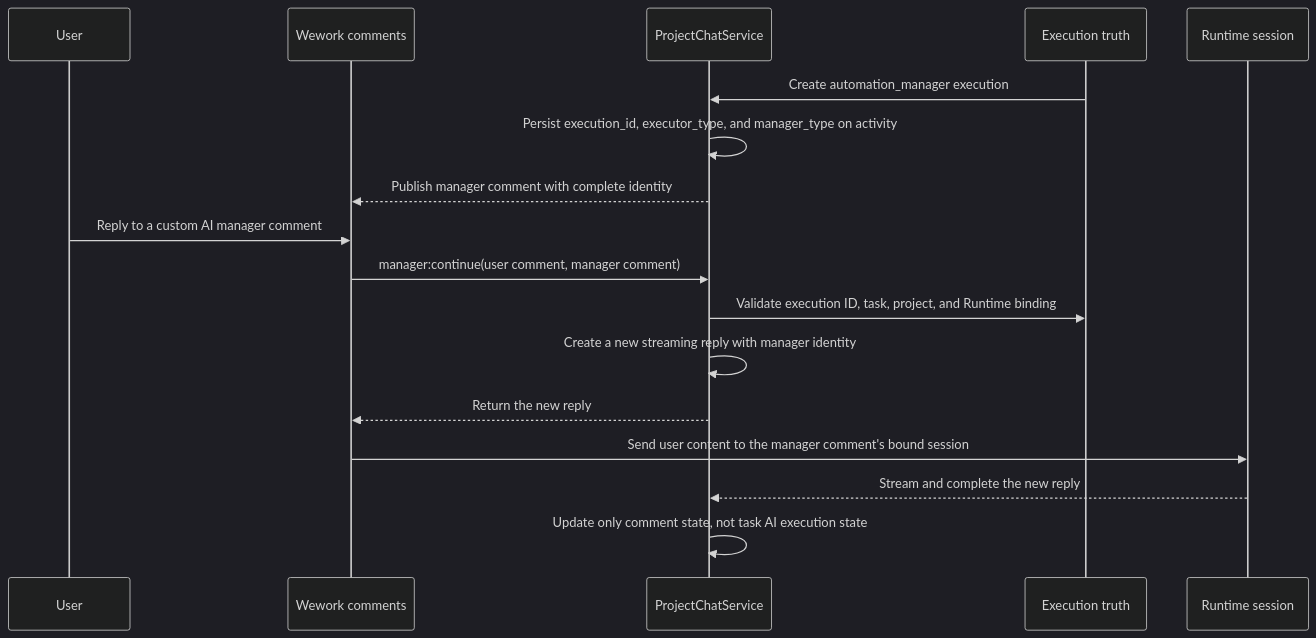
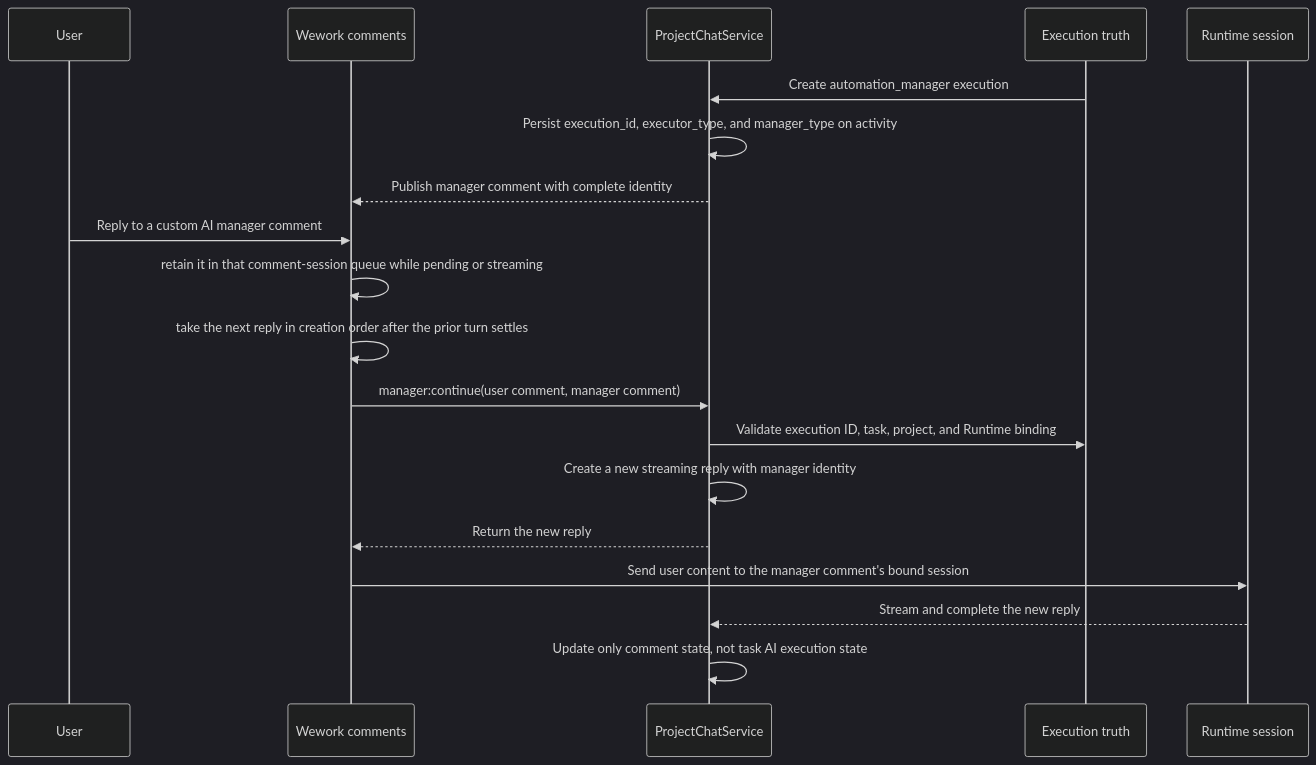
One commit to wecode-ai/wegent-docs changed the second of 2 diagrams in docs/architecture/automation-manager-continuation.md. Above: the diagram before and after it, drawn with Mermaid (dark theme). The commit also changed other lines of this file and 3 other files, not shown here.

````diff
--- a/docs/architecture/automation-manager-continuation.md
+++ b/docs/architecture/automation-manager-continuation.md
@@ -21,20 +22,22 @@
 ```mermaid
 sequenceDiagram
     participant U as User
     participant W as Wework comments
     participant C as ProjectChatService
     participant X as Execution truth
     participant R as Runtime session
 
     X->>C: Create automation_manager execution
     C->>C: Persist execution_id, executor_type, and manager_type on activity
     C-->>W: Publish manager comment with complete identity
     U->>W: Reply to a custom AI manager comment
+    W->>W: retain it in that comment-session queue while pending or streaming
+    W->>W: take the next reply in creation order after the prior turn settles
     W->>C: manager:continue(user comment, manager comment)
     C->>X: Validate execution ID, task, project, and Runtime binding
     C->>C: Create a new streaming reply with manager identity
     C-->>W: Return the new reply
     W->>R: Send user content to the manager comment's bound session
     R-->>C: Stream and complete the new reply
     C->>C: Update only comment state, not task AI execution state
 ```
````
